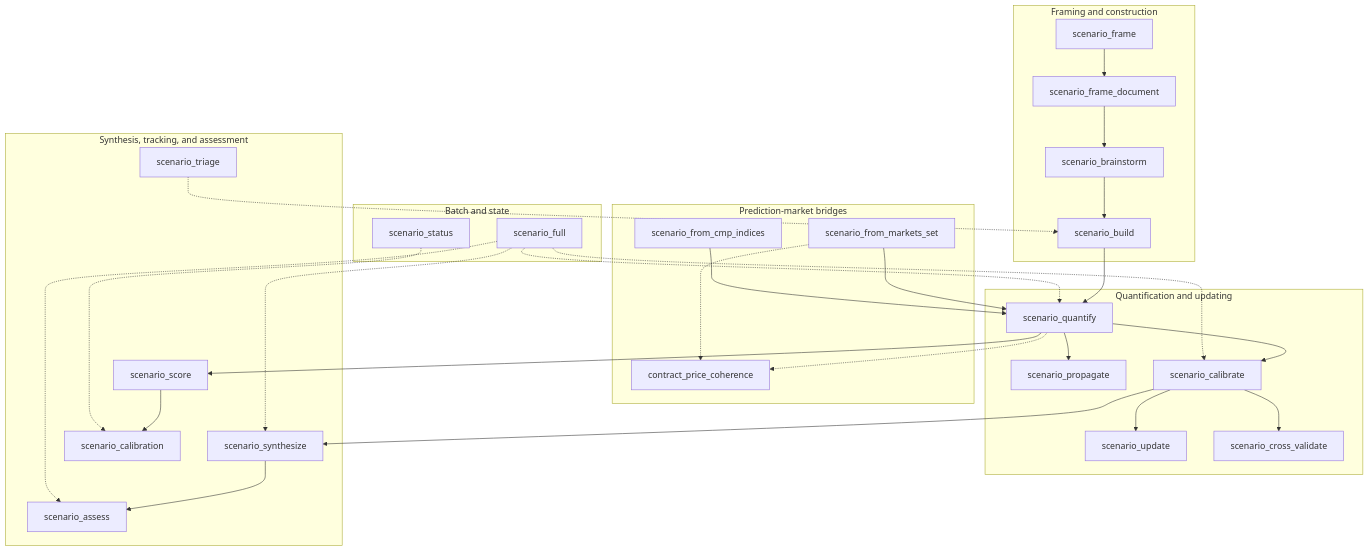
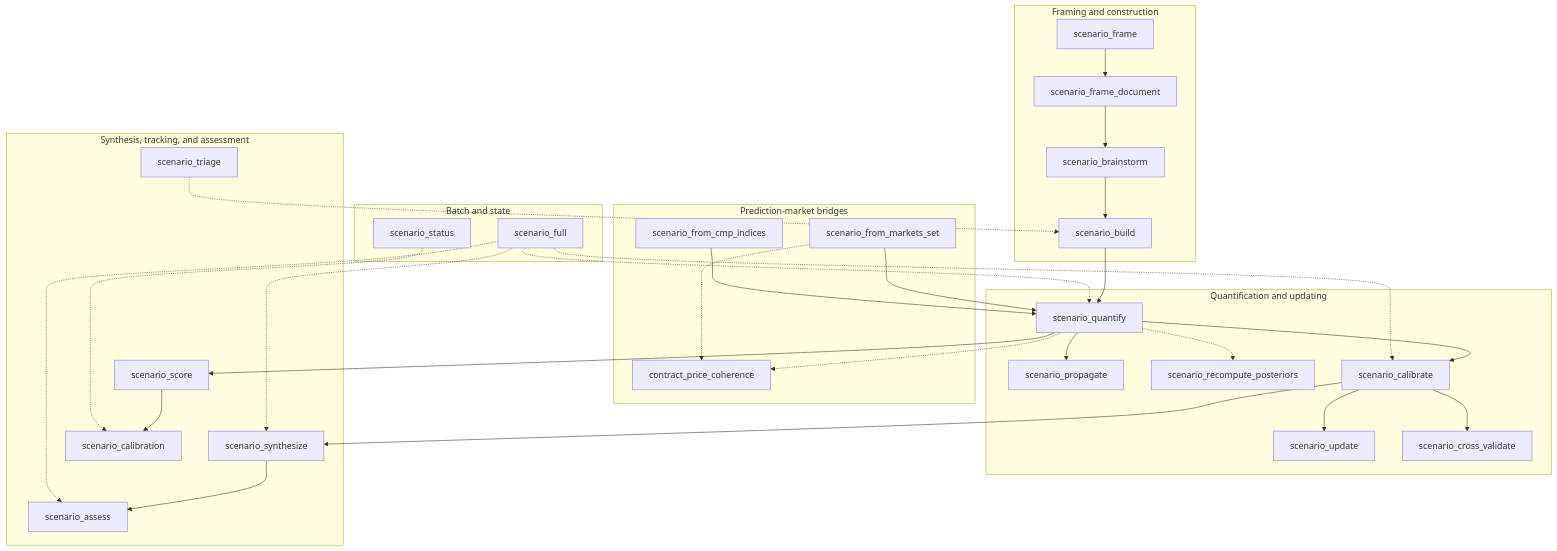
The diagram in kask/docs/reference/mcp-servers/scenarios.md (mdz-axo/zed-kask), drawn with Mermaid before and after one commit. The commit also changed other lines of this file and 18 other files, not shown here.

````diff
--- a/kask/docs/reference/mcp-servers/scenarios.md
+++ b/kask/docs/reference/mcp-servers/scenarios.md
@@ -23,53 +23,55 @@
 ```mermaid
 flowchart TD
     subgraph Framing["Framing and construction"]
         frame["scenario_frame"] --> frame_doc["scenario_frame_document"]
         frame_doc --> brainstorm["scenario_brainstorm"] --> build["scenario_build"]
     end
 
     subgraph Bridges["Prediction-market bridges"]
         markets["scenario_from_markets_set"]
         cmp["scenario_from_cmp_indices"]
         coherence["contract_price_coherence"]
     end
 
     subgraph Computation["Quantification and updating"]
         quantify["scenario_quantify"]
         propagate["scenario_propagate"]
+        posteriors["scenario_recompute_posteriors"]
         calibrate["scenario_calibrate"]
         update["scenario_update"]
         cross_validate["scenario_cross_validate"]
     end
 
     subgraph Synthesis["Synthesis, tracking, and assessment"]
         synthesize["scenario_synthesize"]
         score["scenario_score"]
         calibration["scenario_calibration"]
         triage["scenario_triage"]
         assess["scenario_assess"]
     end
 
     subgraph Batch["Batch and state"]
         full["scenario_full"]
         status["scenario_status"]
     end
 
     build --> quantify
     markets --> quantify
     cmp --> quantify
     quantify --> propagate
+    quantify -.-> posteriors
     quantify --> calibrate
     calibrate --> update
     calibrate --> cross_validate
     calibrate --> synthesize
     quantify --> score --> calibration
     synthesize --> assess
     triage -.-> build
     full -.-> quantify
     full -.-> calibrate
     full -.-> synthesize
     full -.-> assess
     markets -.-> coherence
     quantify -.-> coherence
     status -.-> calibration
 ```
````
